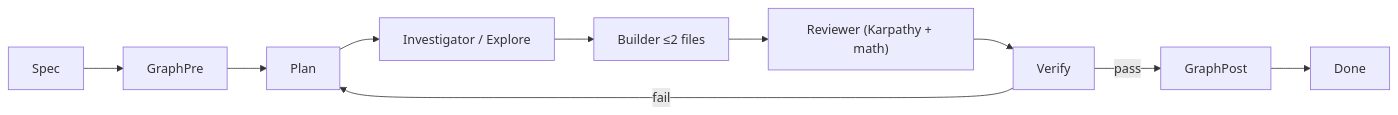
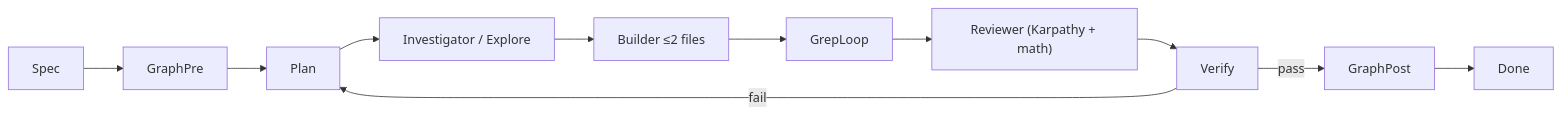
One commit to javin23863/hft3 changed the diagram in docs/AGENTIC_ENGINEERING.md. Above: the diagram before and after it, drawn with Mermaid. The commit also changed other lines of this file and 6 other files, not shown here.

````diff
--- a/docs/AGENTIC_ENGINEERING.md
+++ b/docs/AGENTIC_ENGINEERING.md
@@ -36,12 +37,13 @@
 ```mermaid
 flowchart LR
   S[Spec] --> GP[GraphPre]
   GP --> P[Plan]
   P --> I[Investigator / Explore]
   I --> B[Builder ≤2 files]
-  B --> R["Reviewer (Karpathy + math)"]
+  B --> GL[GrepLoop]
+  GL --> R["Reviewer (Karpathy + math)"]
   R --> V[Verify]
   V -->|fail| P
   V -->|pass| GPO[GraphPost]
   GPO --> D[Done]
 ```
````
